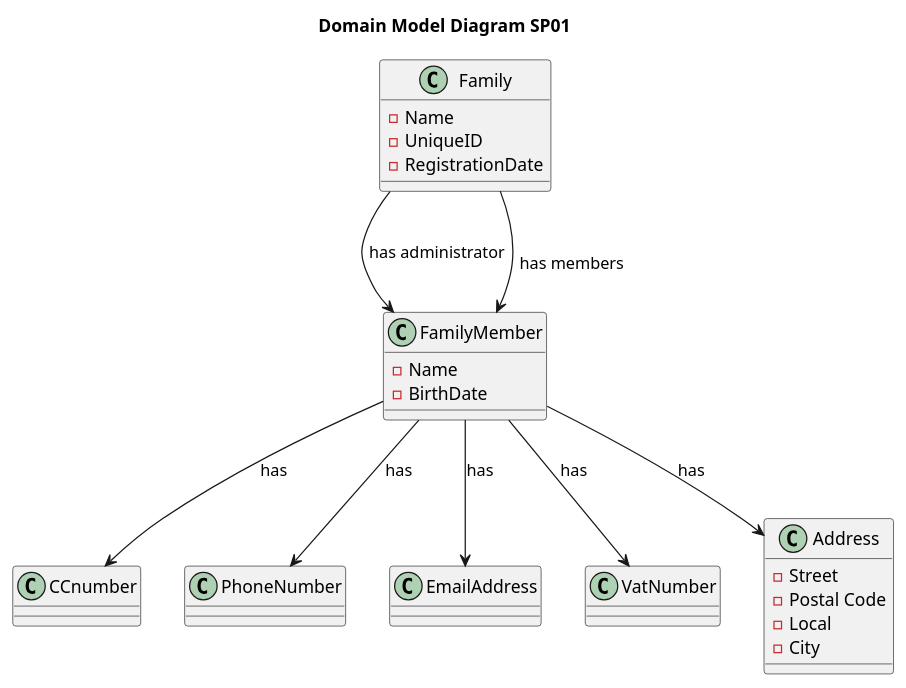
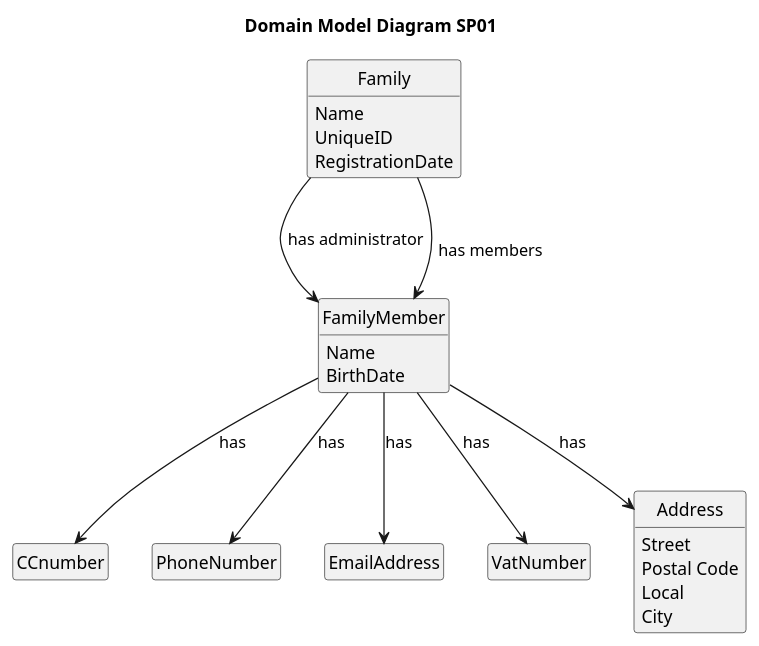
The diagram in docs/ModelDiagram.md (tomas-osswald/switch_2020_g3), drawn with PlantUML before and after one commit.

Commit message:
Update in ModelDiagram.md

````diff
--- a/docs/ModelDiagram.md
+++ b/docs/ModelDiagram.md
@@ -1,47 +1,49 @@
 ```puml
+hide empty members
+hide circles
 title Domain Model Diagram SP01
 
 class Family {
-- Name
-- UniqueID
-- RegistrationDate
+Name
+UniqueID
+RegistrationDate
 }
 
 class FamilyMember {
-- Name
-- BirthDate
+Name
+BirthDate
 
 }
 
 class CCnumber {
 
 }
 
 class PhoneNumber {
 
 }
 
 class EmailAddress {
 
 }
 
 class VatNumber {
 
 }
 
 class Address {
-- Street
-- Postal Code
-- Local
-- City
+Street
+Postal Code
+Local
+City
 
 }
 
 Family -down-> FamilyMember : has administrator
 Family -down-> FamilyMember : \n has members
 FamilyMember --> CCnumber : has
 FamilyMember --> PhoneNumber : has
 FamilyMember --> EmailAddress : has
 FamilyMember --> VatNumber : has
 FamilyMember --> Address : has
 ```
````
